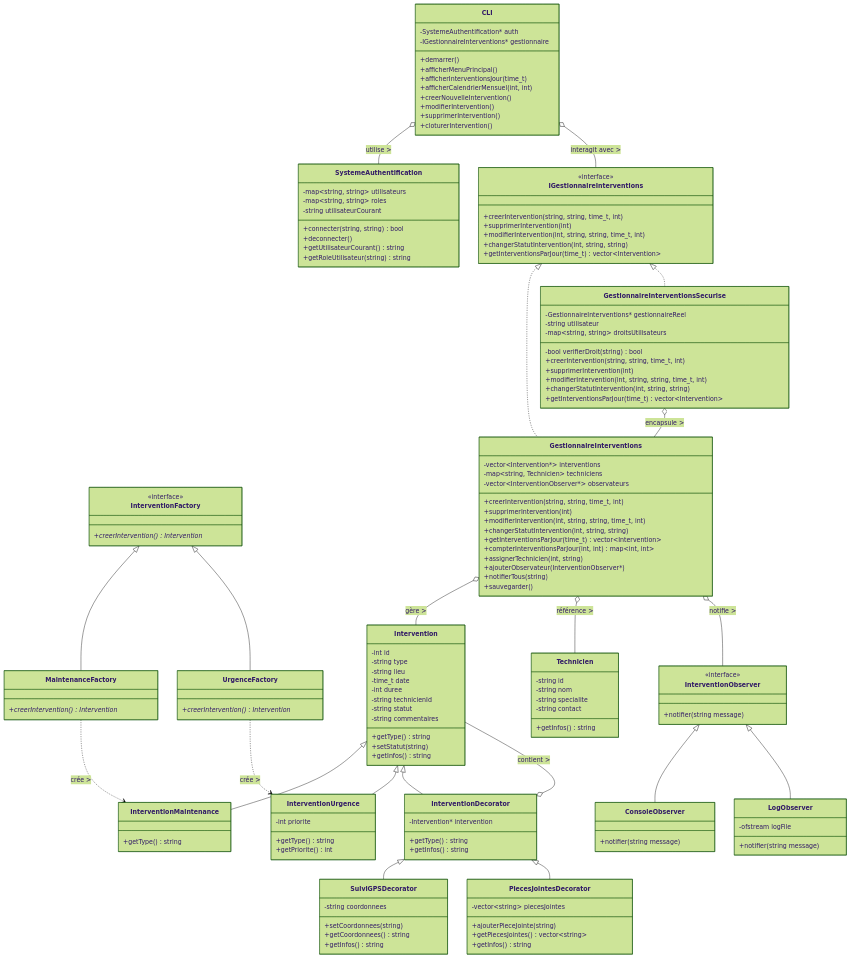
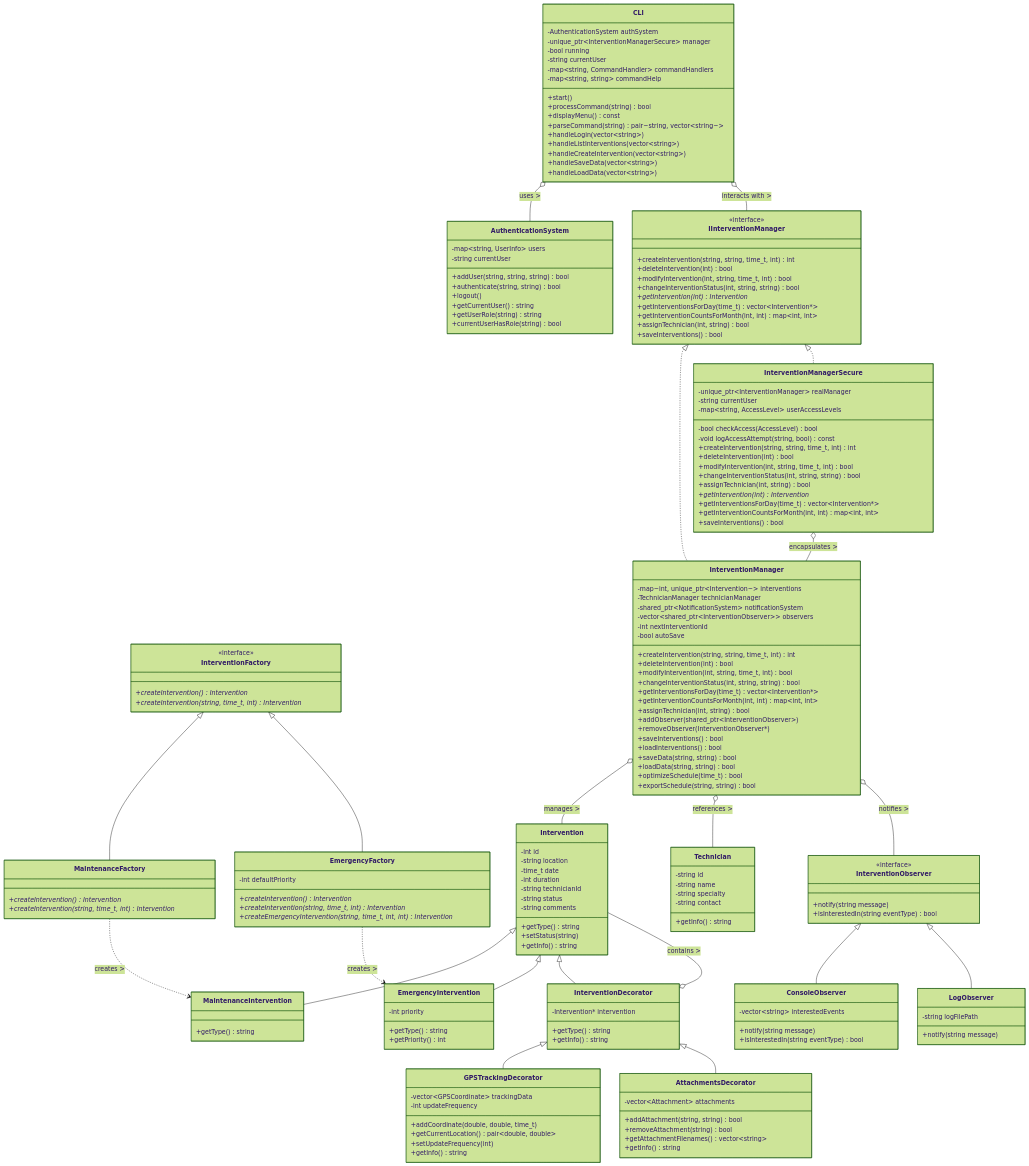
One commit to Krys012/TechInterventionPlanner changed the diagram in doc/global_design_diagram.mermaid. Above: the diagram before and after it, drawn with Mermaid (forest theme). The commit also changed 1 other file, not shown here.

```diff
--- a/doc/global_design_diagram.mermaid
+++ b/doc/global_design_diagram.mermaid
@@ -1,172 +1,204 @@
-%% version cli
 classDiagram
-    %% Modèle de base
+%% Base Model
     class Intervention {
         -int id
-        -string type
-        -string lieu
+        -string location
         -time_t date
-        -int duree
-        -string technicienId
-        -string statut
-        -string commentaires
+        -int duration
+        -string technicianId
+        -string status
+        -string comments
         +getType() string
-        +setStatut(string)
-        +getInfos() string
+        +setStatus(string)
+        +getInfo() string
     }
 
-    class InterventionMaintenance {
+    class MaintenanceIntervention {
         +getType() string
     }
 
-    class InterventionUrgence {
-        -int priorite
+    class EmergencyIntervention {
+        -int priority
         +getType() string
-        +getPriorite() int
+        +getPriority() int
     }
 
-    class Technicien {
+    class Technician {
         -string id
-        -string nom
-        -string specialite
+        -string name
+        -string specialty
         -string contact
-        +getInfos() string
+        +getInfo() string
     }
 
-    %% Design Pattern: Factory
+%% Design Pattern: Factory
     class InterventionFactory {
         <<interface>>
-        +creerIntervention() Intervention*
+        +createIntervention() Intervention*
+        +createIntervention(string, time_t, int) Intervention*
     }
 
     class MaintenanceFactory {
-        +creerIntervention() Intervention*
+        +createIntervention() Intervention*
+        +createIntervention(string, time_t, int) Intervention*
     }
 
-    class UrgenceFactory {
-        +creerIntervention() Intervention*
+    class EmergencyFactory {
+        -int defaultPriority
+        +createIntervention() Intervention*
+        +createIntervention(string, time_t, int) Intervention*
+        +createEmergencyIntervention(string, time_t, int, int) Intervention*
     }
 
-    %% Design Pattern: Decorator
+%% Design Pattern: Decorator
     class InterventionDecorator {
         -Intervention* intervention
         +getType() string
-        +getInfos() string
+        +getInfo() string
     }
 
-    class SuiviGPSDecorator {
-        -string coordonnees
-        +setCoordonnees(string)
-        +getCoordonnees() string
-        +getInfos() string
+    class GPSTrackingDecorator {
+        -vector~GPSCoordinate~ trackingData
+        -int updateFrequency
+        +addCoordinate(double, double, time_t)
+        +getCurrentLocation() pair~double, double~
+        +setUpdateFrequency(int)
+        +getInfo() string
     }
 
-    class PiecesJointesDecorator {
-        -vector~string~ piecesJointes
-        +ajouterPieceJointe(string)
-        +getPiecesJointes() vector~string~
-        +getInfos() string
+    class AttachmentsDecorator {
+        -vector~Attachment~ attachments
+        +addAttachment(string, string) bool
+        +removeAttachment(string) bool
+        +getAttachmentFilenames() vector~string~
+        +getInfo() string
     }
 
-    %% Design Pattern: Observer
+%% Design Pattern: Observer
     class InterventionObserver {
         <<interface>>
-        +notifier(string message)
+        +notify(string message)
+        +isInterestedIn(string eventType) bool
     }
 
     class ConsoleObserver {
-        +notifier(string message)
+        -vector~string~ interestedEvents
+        +notify(string message)
+        +isInterestedIn(string eventType) bool
     }
 
     class LogObserver {
-        -ofstream logFile
-        +notifier(string message)
+        -string logFilePath
+        +notify(string message)
     }
 
-    %% Design Pattern: Facade
-    class GestionnaireInterventions {
-        -vector~Intervention*~ interventions
-        -map~string, Technicien~ techniciens
-        -vector~InterventionObserver*~ observateurs
-        +creerIntervention(string, string, time_t, int)
-        +supprimerIntervention(int)
-        +modifierIntervention(int, string, string, time_t, int)
-        +changerStatutIntervention(int, string, string)
-        +getInterventionsParJour(time_t) vector~Intervention~
-        +compterInterventionsParJour(int, int) map~int, int~
-        +assignerTechnicien(int, string)
-        +ajouterObservateur(InterventionObserver*)
-        +notifierTous(string)
-        +sauvegarder()
+%% Design Pattern: Facade
+    class InterventionManager {
+        -map~int, unique_ptr~Intervention~~ interventions
+        -TechnicianManager technicianManager
+        -shared_ptr~NotificationSystem~ notificationSystem
+        -vector~shared_ptr~InterventionObserver~~ observers
+        -int nextInterventionId
+        -bool autoSave
+        +createIntervention(string, string, time_t, int) int
+        +deleteIntervention(int) bool
+        +modifyIntervention(int, string, time_t, int) bool
+        +changeInterventionStatus(int, string, string) bool
+        +getInterventionsForDay(time_t) vector~Intervention*~
+        +getInterventionCountsForMonth(int, int) map~int, int~
+        +assignTechnician(int, string) bool
+        +addObserver(shared_ptr~InterventionObserver~)
+        +removeObserver(InterventionObserver*)
+        +saveInterventions() bool
+        +loadInterventions() bool
+        +saveData(string, string) bool
+        +loadData(string, string) bool
+        +optimizeSchedule(time_t) bool
+        +exportSchedule(string, string) bool
     }
 
-    %% Design Pattern: Proxy
-    class IGestionnaireInterventions {
+%% Design Pattern: Proxy
+    class IInterventionManager {
         <<interface>>
-        +creerIntervention(string, string, time_t, int)
-        +supprimerIntervention(int)
-        +modifierIntervention(int, string, string, time_t, int)
-        +changerStatutIntervention(int, string, string)
-        +getInterventionsParJour(time_t) vector~Intervention~
+        +createIntervention(string, string, time_t, int) int
+        +deleteIntervention(int) bool
+        +modifyIntervention(int, string, time_t, int) bool
+        +changeInterventionStatus(int, string, string) bool
+        +getIntervention(int) Intervention*
+        +getInterventionsForDay(time_t) vector~Intervention*~
+        +getInterventionCountsForMonth(int, int) map~int, int~
+        +assignTechnician(int, string) bool
+        +saveInterventions() bool
     }
 
-    class GestionnaireInterventionsSecurise {
-        -GestionnaireInterventions* gestionnaireReel
-        -string utilisateur
-        -map~string, string~ droitsUtilisateurs
-        -bool verifierDroit(string) bool
-        +creerIntervention(string, string, time_t, int)
-        +supprimerIntervention(int)
-        +modifierIntervention(int, string, string, time_t, int)
-        +changerStatutIntervention(int, string, string)
-        +getInterventionsParJour(time_t) vector~Intervention~
+    class InterventionManagerSecure {
+        -unique_ptr~InterventionManager~ realManager
+        -string currentUser
+        -map~string, AccessLevel~ userAccessLevels
+        -bool checkAccess(AccessLevel) bool
+        -void logAccessAttempt(string, bool) const
+        +createIntervention(string, string, time_t, int) int
+        +deleteIntervention(int) bool
+        +modifyIntervention(int, string, time_t, int) bool
+        +changeInterventionStatus(int, string, string) bool
+        +assignTechnician(int, string) bool
+        +getIntervention(int) Intervention*
+        +getInterventionsForDay(time_t) vector~Intervention*~
+        +getInterventionCountsForMonth(int, int) map~int, int~
+        +saveInterventions() bool
     }
 
-    %% Authentification
-    class SystemeAuthentification {
-        -map~string, string~ utilisateurs
-        -map~string, string~ roles
-        -string utilisateurCourant
-        +connecter(string, string) bool
-        +deconnecter()
-        +getUtilisateurCourant() string
-        +getRoleUtilisateur(string) string
+%% Authentication
+    class AuthenticationSystem {
+        -map~string, UserInfo~ users
+        -string currentUser
+        +addUser(string, string, string) bool
+        +authenticate(string, string) bool
+        +logout()
+        +getCurrentUser() string
+        +getUserRole(string) string
+        +currentUserHasRole(string) bool
     }
 
-    %% Interface CLI
+%% CLI Interface
     class CLI {
-        -SystemeAuthentification* auth
-        -IGestionnaireInterventions* gestionnaire
-        +demarrer()
-        +afficherMenuPrincipal()
-        +afficherInterventionsJour(time_t)
-        +afficherCalendrierMensuel(int, int)
-        +creerNouvelleIntervention()
-        +modifierIntervention()
-        +supprimerIntervention()
-        +cloturerIntervention()
+        -AuthenticationSystem authSystem
+        -unique_ptr~InterventionManagerSecure~ manager
+        -bool running
+        -string currentUser
+        -map~string, CommandHandler~ commandHandlers
+        -map~string, string~ commandHelp
+        +start()
+        +processCommand(string) bool
+        +displayMenu() const
+        +parseCommand(string) pair~string, vector~string~~
+        +handleLogin(vector~string~)
+        +handleListInterventions(vector~string~)
+        +handleCreateIntervention(vector~string~)
+        +handleSaveData(vector~string~)
+        +handleLoadData(vector~string~)
     }
 
-    %% Relations d'héritage
-    Intervention <|-- InterventionMaintenance
-    Intervention <|-- InterventionUrgence
+%% Inheritance relationships
+    Intervention <|-- MaintenanceIntervention
+    Intervention <|-- EmergencyIntervention
     InterventionFactory <|-- MaintenanceFactory
-    InterventionFactory <|-- UrgenceFactory
+    InterventionFactory <|-- EmergencyFactory
     Intervention <|-- InterventionDecorator
-    InterventionDecorator <|-- SuiviGPSDecorator
-    InterventionDecorator <|-- PiecesJointesDecorator
+    InterventionDecorator <|-- GPSTrackingDecorator
+    InterventionDecorator <|-- AttachmentsDecorator
     InterventionObserver <|-- ConsoleObserver
     InterventionObserver <|-- LogObserver
-    IGestionnaireInterventions <|.. GestionnaireInterventions
-    IGestionnaireInterventions <|.. GestionnaireInterventionsSecurise
+    IInterventionManager <|.. InterventionManager
+    IInterventionManager <|.. InterventionManagerSecure
 
-    %% Relations de composition/agrégation
-    InterventionDecorator o-- Intervention : contient >
-    GestionnaireInterventions o-- Intervention : gère >
-    GestionnaireInterventions o-- Technicien : référence >
-    GestionnaireInterventions o-- InterventionObserver : notifie >
-    GestionnaireInterventionsSecurise o-- GestionnaireInterventions : encapsule >
-    CLI o-- SystemeAuthentification : utilise >
-    CLI o-- IGestionnaireInterventions : interagit avec >
-    MaintenanceFactory ..> InterventionMaintenance : crée >
-    UrgenceFactory ..> InterventionUrgence : crée >
+%% Composition/aggregation relationships
+    InterventionDecorator o-- Intervention : contains >
+    InterventionManager o-- Intervention : manages >
+    InterventionManager o-- Technician : references >
+    InterventionManager o-- InterventionObserver : notifies >
+    InterventionManagerSecure o-- InterventionManager : encapsulates >
+    CLI o-- AuthenticationSystem : uses >
+    CLI o-- IInterventionManager : interacts with >
+    MaintenanceFactory ..> MaintenanceIntervention : creates >
+    EmergencyFactory ..> EmergencyIntervention : creates >
```
